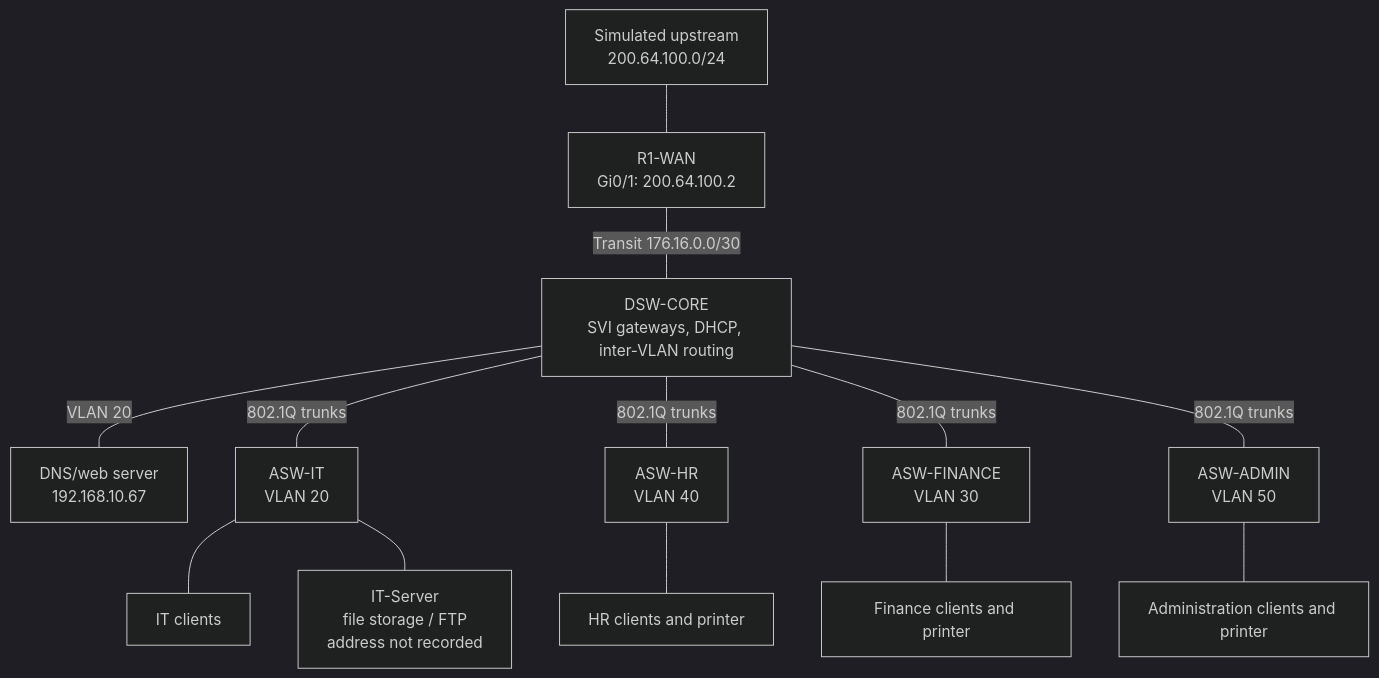
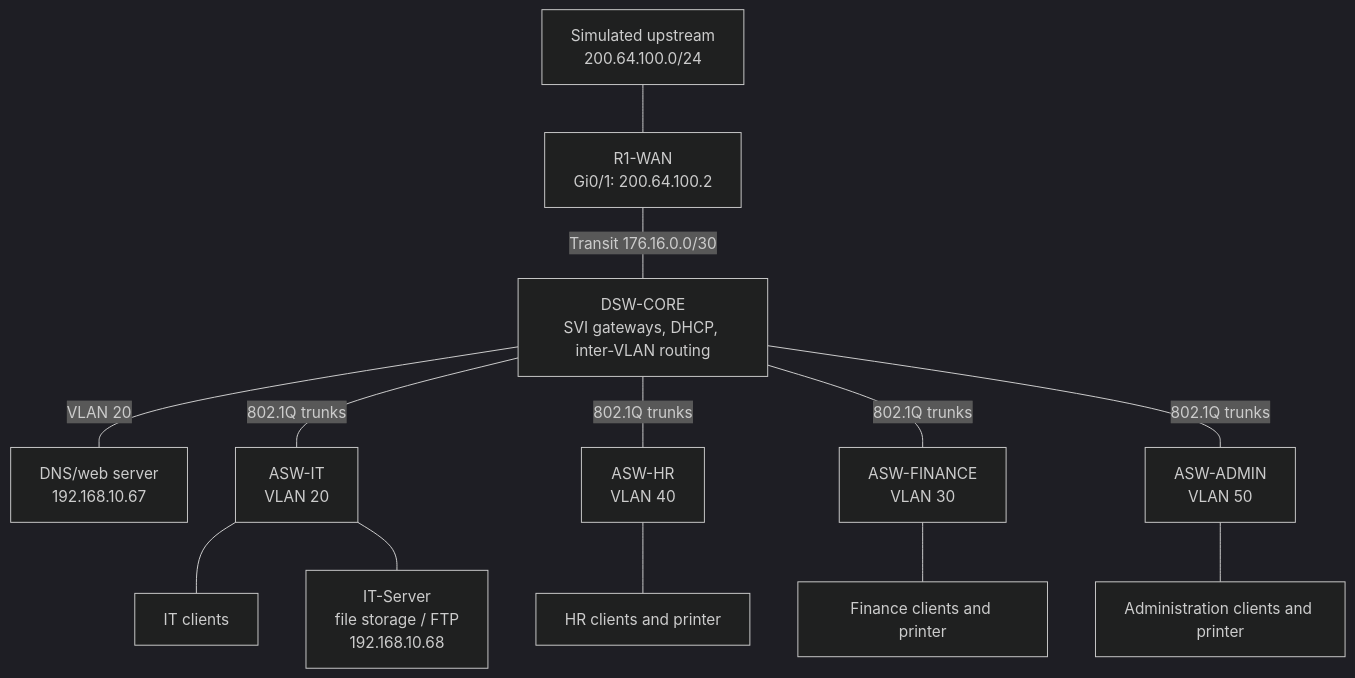
Before and after one commit to 1Feycode/Abyssinia-Enterprise-Network: the diagram in README.md, drawn with Mermaid (dark theme). The commit also changed other lines of this file and 9 other files, not shown here.

````diff
--- a/README.md
+++ b/README.md
@@ -28,15 +28,15 @@
 ```mermaid
 flowchart TB
     UP["Simulated upstream<br/>200.64.100.0/24"] --- R1["R1-WAN<br/>Gi0/1: 200.64.100.2"]
     R1 ---|"Transit 176.16.0.0/30"| CORE["DSW-CORE<br/>SVI gateways, DHCP, inter-VLAN routing"]
     CORE ---|"VLAN 20"| DNS["DNS/web server<br/>192.168.10.67"]
     CORE ---|"802.1Q trunks"| IT["ASW-IT<br/>VLAN 20"]
     CORE ---|"802.1Q trunks"| HR["ASW-HR<br/>VLAN 40"]
     CORE ---|"802.1Q trunks"| FIN["ASW-FINANCE<br/>VLAN 30"]
     CORE ---|"802.1Q trunks"| ADMIN["ASW-ADMIN<br/>VLAN 50"]
     IT --- ITPC["IT clients"]
-    IT --- FTP["IT-Server<br/>file storage / FTP<br/>address not recorded"]
+    IT --- FTP["IT-Server<br/>file storage / FTP<br/>192.168.10.68"]
     HR --- HRPC["HR clients and printer"]
     FIN --- FINPC["Finance clients and printer"]
     ADMIN --- ADMINPC["Administration clients and printer"]
 ```
````
